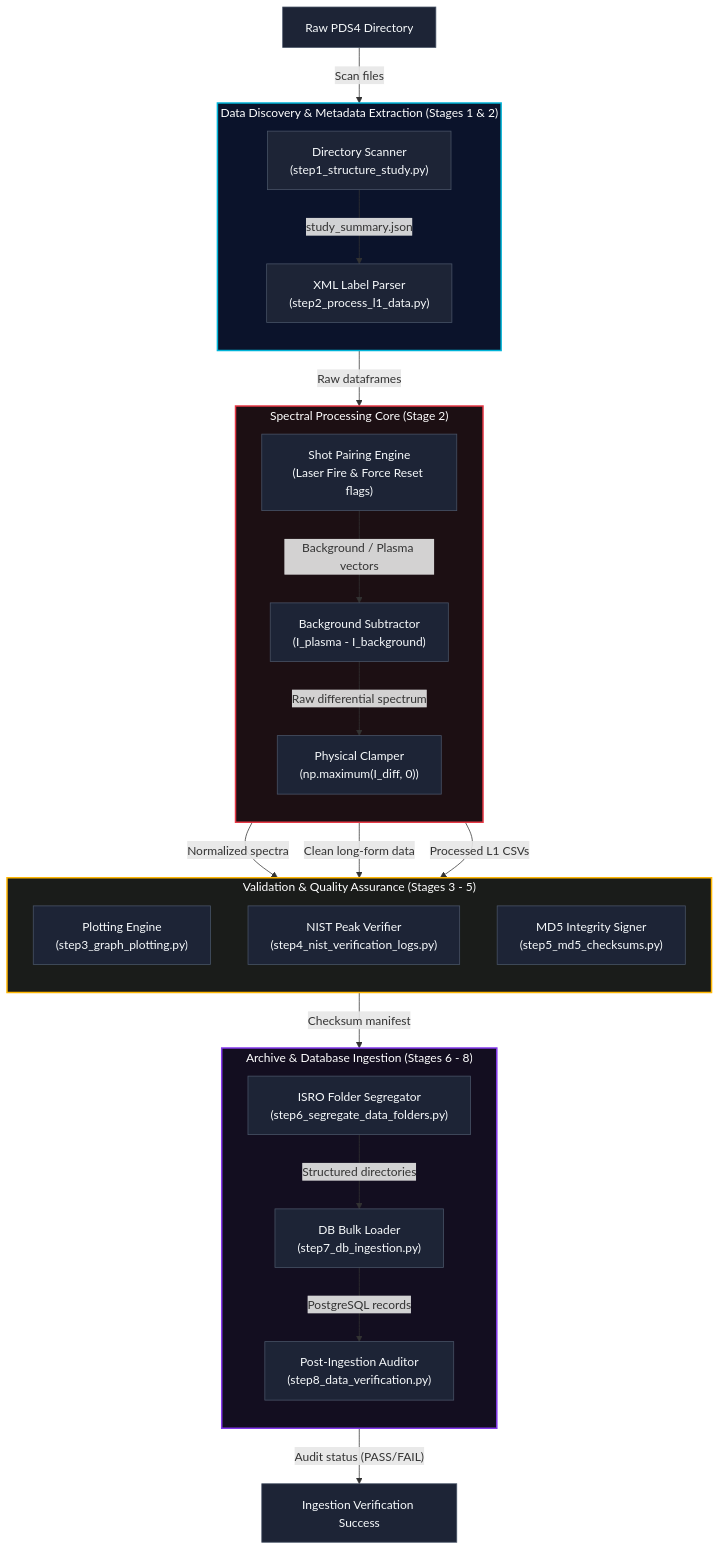
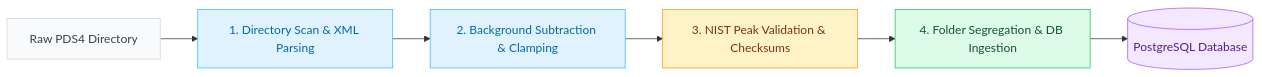
Before and after one commit to LovekeshAnand/LunarAtlas: the first of 2 diagrams in README.md, drawn with Mermaid. The commit also changed other lines of this file and 9 other files, not shown here.

````diff
--- a/README.md
+++ b/README.md
@@ -108,52 +141,15 @@
 ```mermaid
-flowchart TD
-    %% Subgraphs for Ingestion Pipeline Stages
-    subgraph StageGroup1["Data Discovery & Metadata Extraction (Stages 1 & 2)"]
-        direction TB
-        Scanner["Directory Scanner<br>(step1_structure_study.py)"]
-        Parser["XML Label Parser<br>(step2_process_l1_data.py)"]
-    end
+flowchart LR
+    Raw[Raw PDS4 Directory] --> Study[1. Directory Scan & XML Parsing]
+    Study --> Process[2. Background Subtraction & Clamping]
+    Process --> QA[3. NIST Peak Validation & Checksums]
+    QA --> Archive[4. Folder Segregation & DB Ingestion]
+    Archive --> DB[(PostgreSQL Database)]
 
-    subgraph StageGroup2["Spectral Processing Core (Stage 2)"]
-        direction TB
-        Pairing["Shot Pairing Engine<br>(Laser Fire & Force Reset flags)"]
-        Subtraction["Background Subtractor<br>(I_plasma - I_background)"]
-        Clamping["Physical Clamper<br>(np.maximum(I_diff, 0))"]
-    end
-
-    subgraph StageGroup3["Validation & Quality Assurance (Stages 3 - 5)"]
-        direction TB
-        Plotter["Plotting Engine<br>(step3_graph_plotting.py)"]
-        Verifier["NIST Peak Verifier<br>(step4_nist_verification_logs.py)"]
-        Signer["MD5 Integrity Signer<br>(step5_md5_checksums.py)"]
-    end
-
-    subgraph StageGroup4["Archive & Database Ingestion (Stages 6 - 8)"]
-        direction TB
-        Segregator["ISRO Folder Segregator<br>(step6_segregate_data_folders.py)"]
-        DBLoader["DB Bulk Loader<br>(step7_db_ingestion.py)"]
-        Auditor["Post-Ingestion Auditor<br>(step8_data_verification.py)"]
-    end
-
-    %% Flow connections with clear data/control signals
-    RawData["Raw PDS4 Directory"] -->|"Scan files"| Scanner
-    Scanner -->|"study_summary.json"| Parser
-    Parser -->|"Raw dataframes"| Pairing
-    Pairing -->|"Background / Plasma vectors"| Subtraction
-    Subtraction -->|"Raw differential spectrum"| Clamping
-    Clamping -->|"Normalized spectra"| Plotter
-    Clamping -->|"Clean long-form data"| Verifier
-    Clamping -->|"Processed L1 CSVs"| Signer
-    Signer -->|"Checksum manifest"| Segregator
-    Segregator -->|"Structured directories"| DBLoader
-    DBLoader -->|"PostgreSQL records"| Auditor
-    Auditor -->|"Audit status (PASS/FAIL)"| SuccessMark[Ingestion Verification Success]
-
-    %% Styling
-    style StageGroup1 fill:#0b132b,stroke:#00b4d8,stroke-width:2px,color:#ffffff
-    style StageGroup2 fill:#1c0f13,stroke:#e63946,stroke-width:2px,color:#ffffff
-    style StageGroup3 fill:#1a1c1a,stroke:#ffb703,stroke-width:2px,color:#ffffff
-    style StageGroup4 fill:#130e20,stroke:#8338ec,stroke-width:2px,color:#ffffff
-
-    classDef default fill:#1d2436,stroke:#4a5568,stroke-width:1px,color:#f7fafc;
+    style Raw fill:#f9fafb,stroke:#d1d5db,stroke-width:1px,color:#374151
+    style Study fill:#e0f2fe,stroke:#38bdf8,stroke-width:1px,color:#0369a1
+    style Process fill:#e0f2fe,stroke:#38bdf8,stroke-width:1px,color:#0369a1
+    style QA fill:#fef3c7,stroke:#f59e0b,stroke-width:1px,color:#78350f
+    style Archive fill:#dcfce7,stroke:#22c55e,stroke-width:1px,color:#14532d
+    style DB fill:#f3e8ff,stroke:#a855f7,stroke-width:1px,color:#581c87
 ```
````
